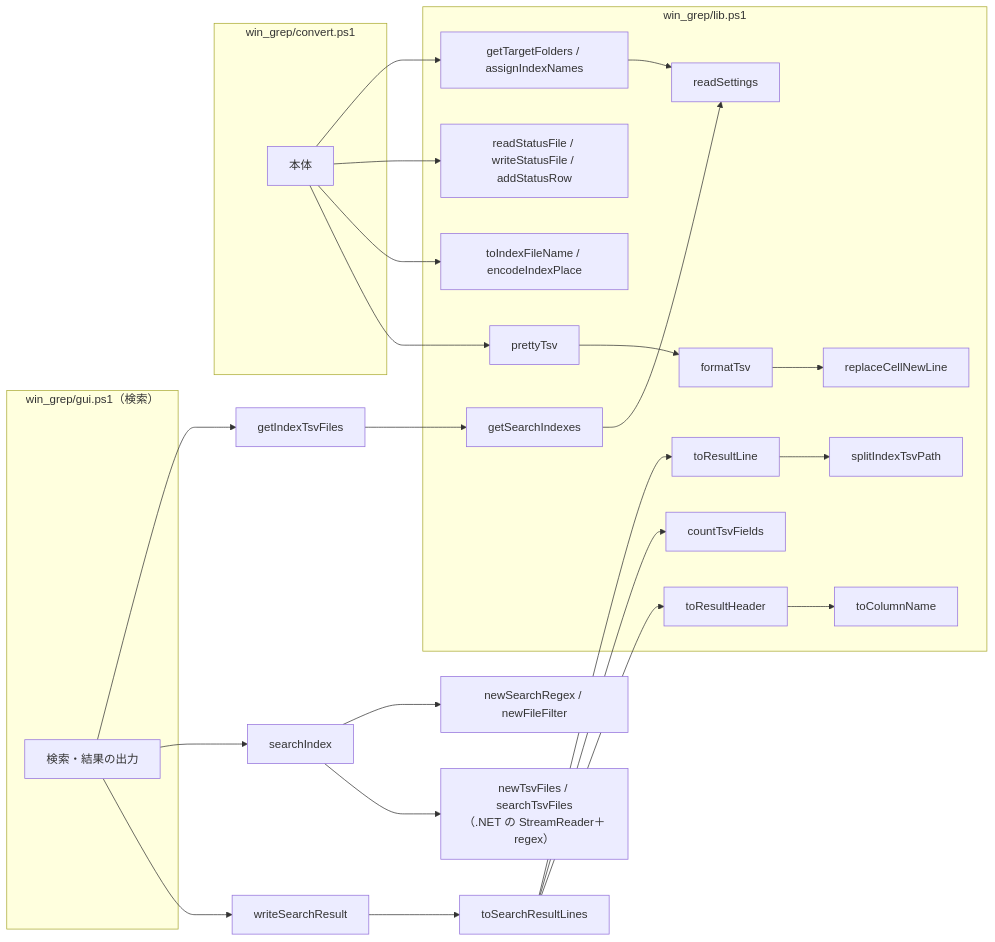
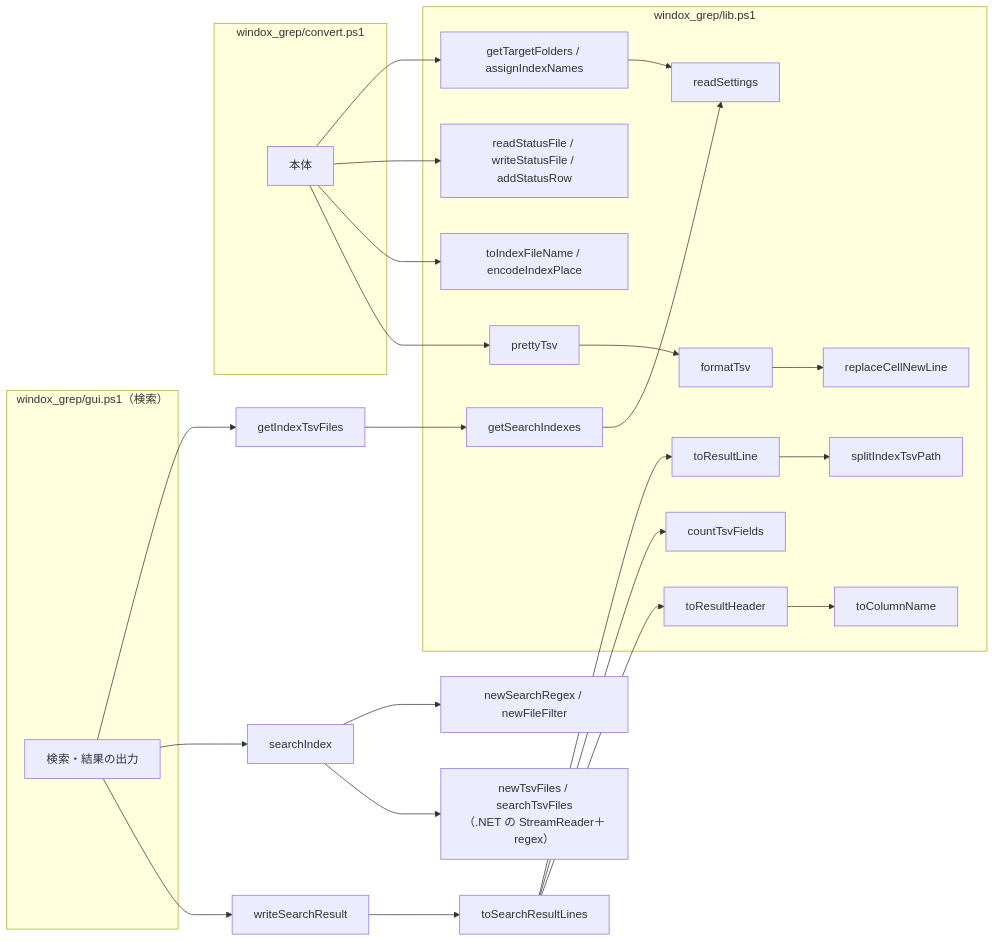
One commit to hsgwa/tebunko changed the first of 2 diagrams in docs/00_共通_2_共通モジュール.md. Above: the diagram before and after it, drawn with Mermaid. The commit also changed other lines of this file and 108 other files, not shown here.

First line of the commit message:
リポジトリ名を windox にし、ツール名を windox_grep へ改める

````diff
--- a/docs/00_共通_2_共通モジュール.md
+++ b/docs/00_共通_2_共通モジュール.md
@@ -147,37 +147,37 @@
 ```mermaid
 flowchart LR
-    subgraph OTS["win_grep/convert.ps1"]
+    subgraph OTS["windox_grep/convert.ps1"]
         OT["本体"]
     end
-    subgraph GRS["win_grep/gui.ps1（検索）"]
+    subgraph GRS["windox_grep/gui.ps1（検索）"]
         GR["検索・結果の出力"]
     end
-    subgraph CMS["win_grep/lib.ps1"]
+    subgraph CMS["windox_grep/lib.ps1"]
         RCL["readSettings"]
         RSF["readStatusFile / writeStatusFile / addStatusRow"]
         GTF["getTargetFolders / assignIndexNames"]
         GIF["getSearchIndexes"]
         TSF["toIndexFileName / encodeIndexPlace"]
         RNL["replaceCellNewLine"]
         FT["formatTsv"]
         PT["prettyTsv"]
         SIF["splitIndexTsvPath"]
         TRL["toResultLine"]
         CTF["countTsvFields"]
         TRH["toResultHeader"]
         TCN["toColumnName"]
     end
 
     OT --> GTF --> RCL
     OT --> RSF
     OT --> TSF
     OT --> PT --> FT --> RNL
     GR --> ITF["getIndexTsvFiles"] --> GIF --> RCL
     GR --> SI["searchIndex"]
     SI --> NSR["newSearchRegex / newFileFilter"]
     SI --> STF["newTsvFiles / searchTsvFiles<br>（.NET の StreamReader＋regex）"]
     GR --> WSR["writeSearchResult"] --> TSR["toSearchResultLines"]
     TSR --> TRL --> SIF
     TSR --> CTF
     TSR --> TRH --> TCN
 ```
````
